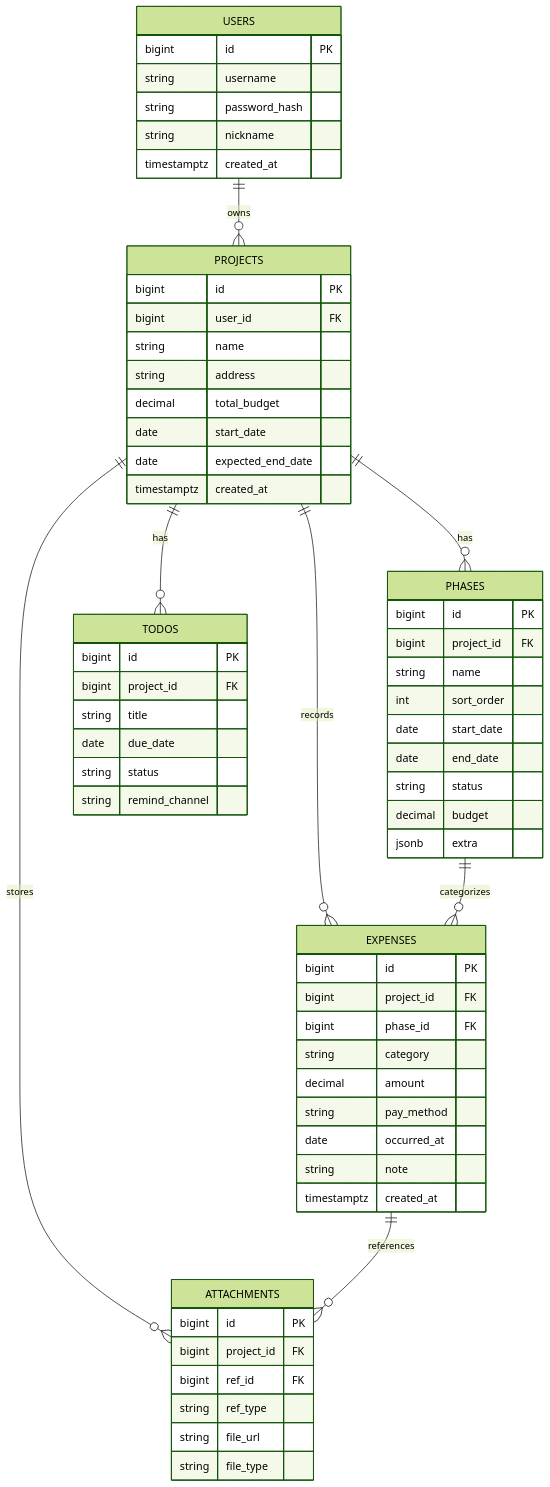
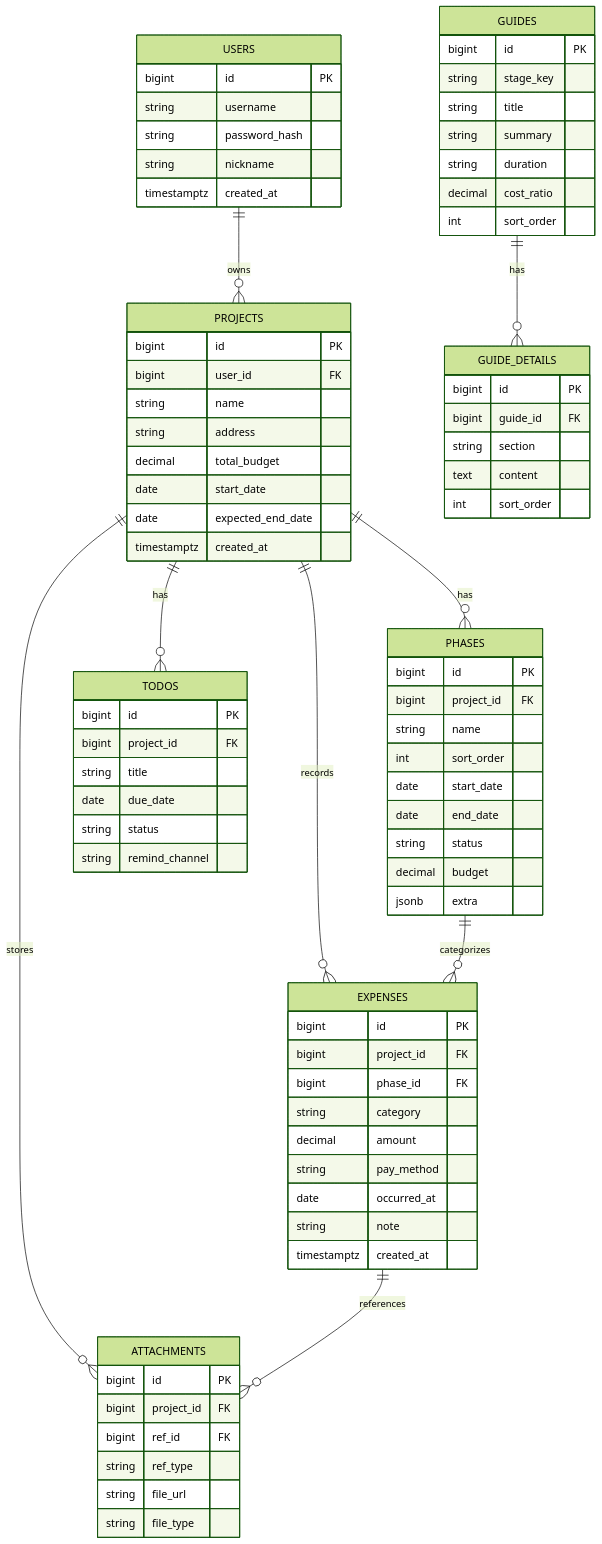
One commit to YunyuVv/zhuangxiu changed the second of 2 diagrams in docs/需求相关/技术设计文档.md. Above: the diagram before and after it, drawn with Mermaid (forest theme). The commit also changed other lines of this file and 4 other files, not shown here.

````diff
--- a/docs/需求相关/技术设计文档.md
+++ b/docs/需求相关/技术设计文档.md
@@ -104,6 +106,7 @@
   PROJECTS ||--o{ ATTACHMENTS : stores
   PHASES ||--o{ EXPENSES : categorizes
   EXPENSES ||--o{ ATTACHMENTS : references
+  GUIDES ||--o{ GUIDE_DETAILS : has
 
   USERS {
     bigint id PK
@@ -160,4 +163,20 @@
     string status
     string remind_channel
   }
+  GUIDES {
+    bigint id PK
+    string stage_key
+    string title
+    string summary
+    string duration
+    decimal cost_ratio
+    int sort_order
+  }
+  GUIDE_DETAILS {
+    bigint id PK
+    bigint guide_id FK
+    string section
+    text content
+    int sort_order
+  }
 ```
````
